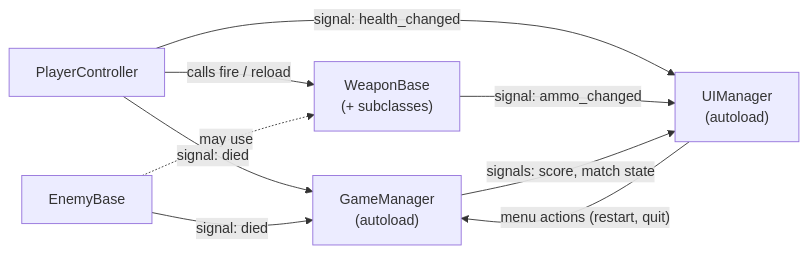
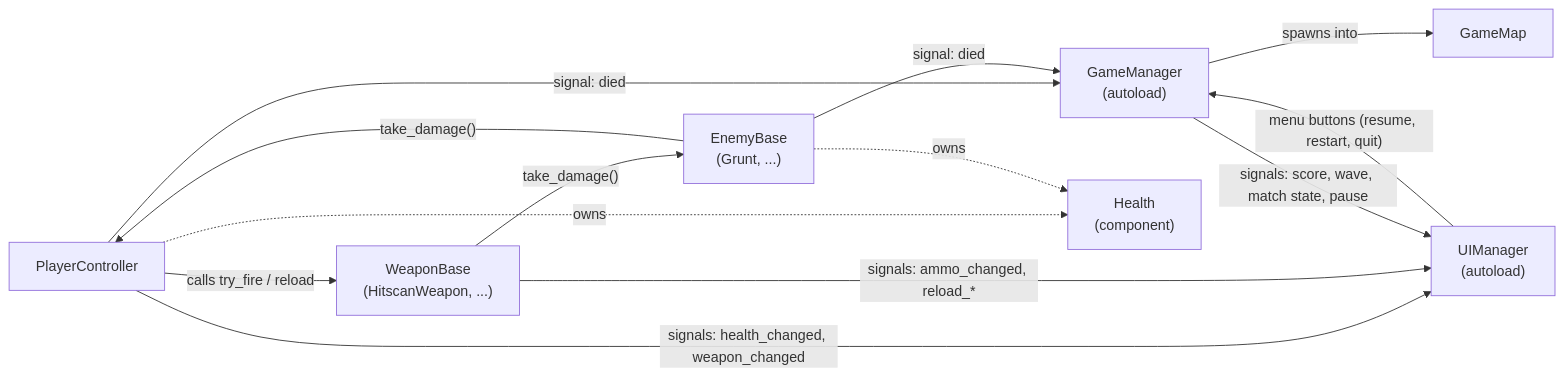
One commit to rynxnet/IST-ClubFallGame changed the diagram in ARCHITECTURE.md. Above: the diagram before and after it, drawn with Mermaid. The commit also changed other lines of this file and 50 other files, not shown here.

````diff
--- a/ARCHITECTURE.md
+++ b/ARCHITECTURE.md
@@ -8,17 +10,23 @@
 ```mermaid
 flowchart LR
     GM["GameManager<br/>(autoload)"]
     UI["UIManager<br/>(autoload)"]
+    M[GameMap]
     P[PlayerController]
-    E[EnemyBase]
-    W["WeaponBase<br/>(+ subclasses)"]
+    E["EnemyBase<br/>(Grunt, ...)"]
+    W["WeaponBase<br/>(HitscanWeapon, ...)"]
+    H["Health<br/>(component)"]
 
-    P -- "calls fire / reload" --> W
-    E -. "may use" .-> W
+    GM -- "spawns into" --> M
+    P -- "calls try_fire / reload" --> W
+    W -- "take_damage()" --> E
+    E -- "take_damage()" --> P
+    P -. "owns" .-> H
+    E -. "owns" .-> H
     P -- "signal: died" --> GM
     E -- "signal: died" --> GM
-    P -- "signal: health_changed" --> UI
-    W -- "signal: ammo_changed" --> UI
-    GM -- "signals: score, match state" --> UI
-    UI -- "menu actions (restart, quit)" --> GM
+    P -- "signals: health_changed, weapon_changed" --> UI
+    W -- "signals: ammo_changed, reload_*" --> UI
+    GM -- "signals: score, wave, match state, pause" --> UI
+    UI -- "menu buttons (resume, restart, quit)" --> GM
 ```
````
